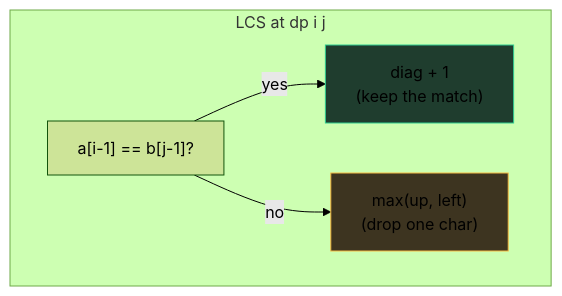
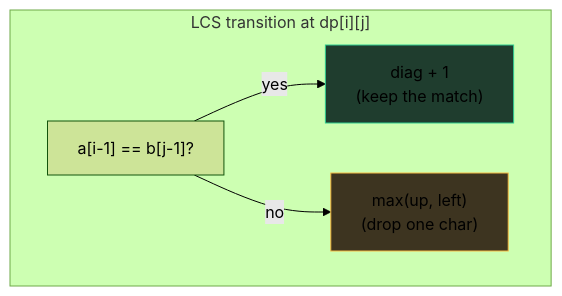
Before and after one commit to arrowassassin/kayan-code: the first of 2 diagrams in study/04-dp/42-2d-string-dp.mdx, drawn with Mermaid (forest theme). The commit also changed other lines of this file and 5 other files, not shown here.

````diff
--- a/study/04-dp/42-2d-string-dp.mdx
+++ b/study/04-dp/42-2d-string-dp.mdx
@@ -51,9 +51,9 @@
 ```mermaid
 graph TD
-    subgraph LCS at dp i j
+    subgraph LCS["LCS transition at dp[i][j]"]
         M["a[i-1] == b[j-1]?"] -->|yes| D["diag + 1<br/>(keep the match)"]
         M -->|no| U["max(up, left)<br/>(drop one char)"]
     end
     style D fill:#1f3d2e,stroke:#2ecc8f
     style U fill:#3d3420,stroke:#f5b942
 ```
````
